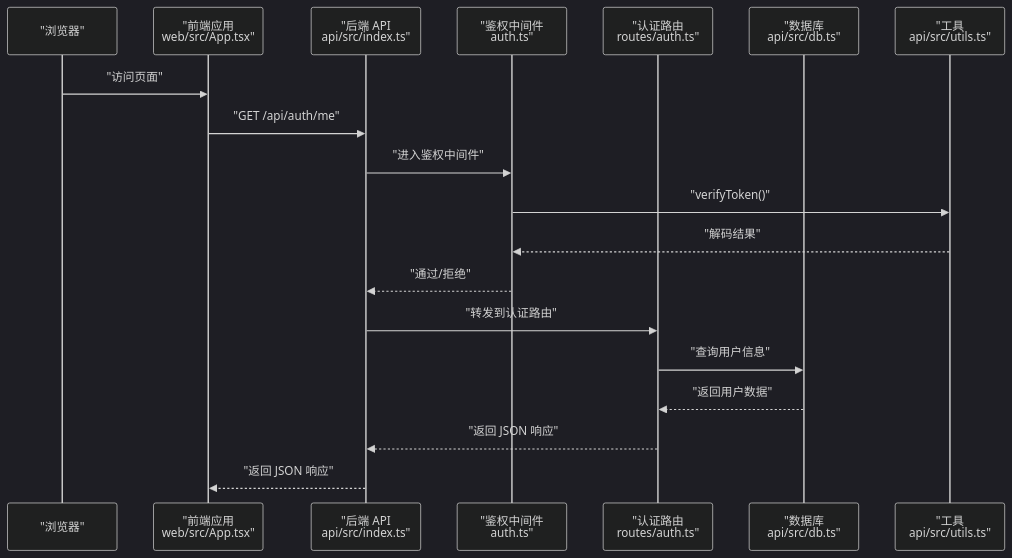
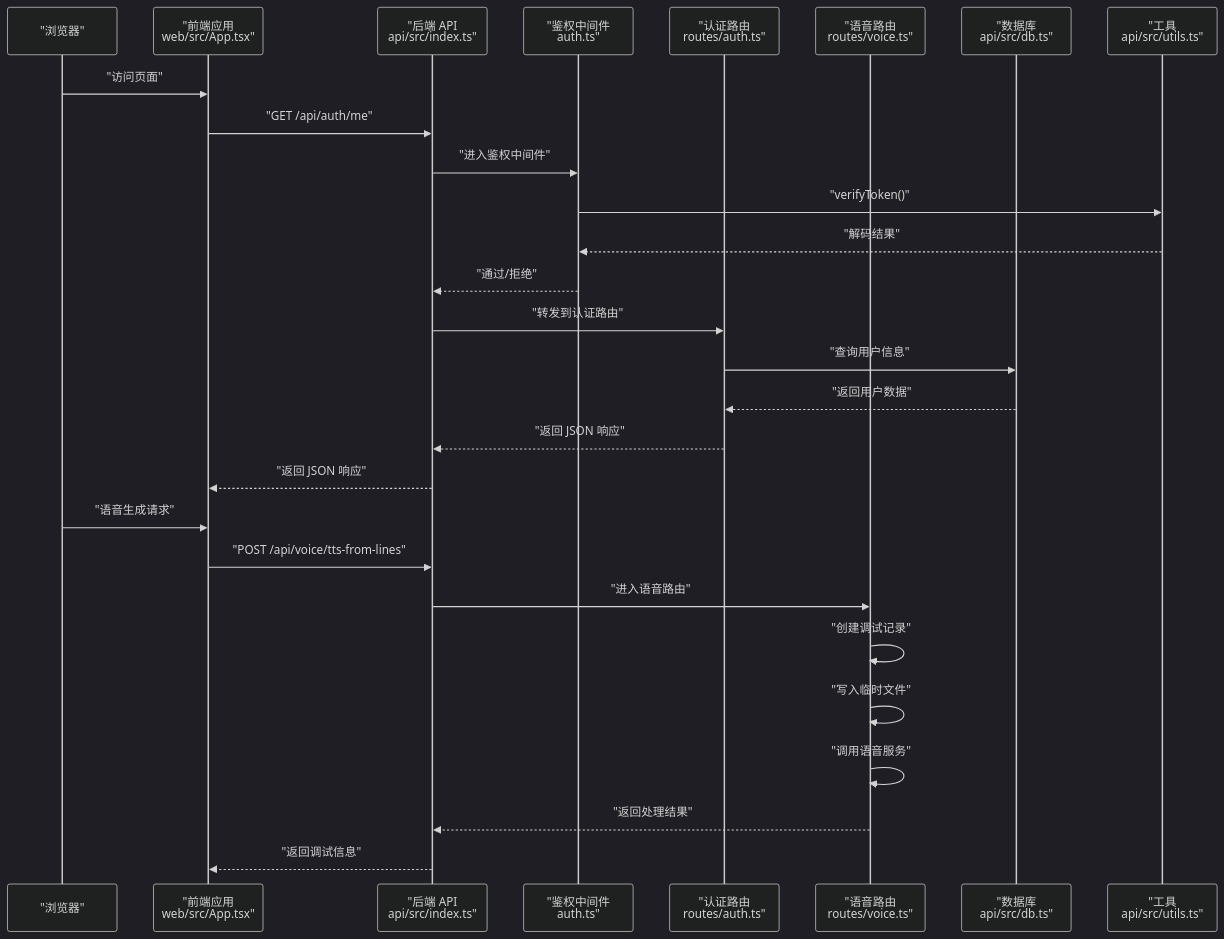
The second of 5 diagrams in .qoder/repowiki/zh/content/开发指南/调试与故障排除.md (hanksd769-droid/sailshub), drawn with Mermaid (dark theme) before and after one commit. The commit also changed other lines of this file and 4 other files, not shown here.

````diff
--- a/.qoder/repowiki/zh/content/开发指南/调试与故障排除.md
+++ b/.qoder/repowiki/zh/content/开发指南/调试与故障排除.md
@@ -120,21 +131,30 @@
 ```mermaid
 sequenceDiagram
 participant Browser as "浏览器"
 participant Web as "前端应用<br/>web/src/App.tsx"
 participant API as "后端 API<br/>api/src/index.ts"
 participant AuthMW as "鉴权中间件<br/>auth.ts"
 participant AuthRoutes as "认证路由<br/>routes/auth.ts"
+participant VoiceRoutes as "语音路由<br/>routes/voice.ts"
 participant DB as "数据库<br/>api/src/db.ts"
 participant Utils as "工具<br/>api/src/utils.ts"
 Browser->>Web : "访问页面"
 Web->>API : "GET /api/auth/me"
 API->>AuthMW : "进入鉴权中间件"
 AuthMW->>Utils : "verifyToken()"
 Utils-->>AuthMW : "解码结果"
 AuthMW-->>API : "通过/拒绝"
 API->>AuthRoutes : "转发到认证路由"
 AuthRoutes->>DB : "查询用户信息"
 DB-->>AuthRoutes : "返回用户数据"
 AuthRoutes-->>API : "返回 JSON 响应"
 API-->>Web : "返回 JSON 响应"
+Browser->>Web : "语音生成请求"
+Web->>API : "POST /api/voice/tts-from-lines"
+API->>VoiceRoutes : "进入语音路由"
+VoiceRoutes->>VoiceRoutes : "创建调试记录"
+VoiceRoutes->>VoiceRoutes : "写入临时文件"
+VoiceRoutes->>VoiceRoutes : "调用语音服务"
+VoiceRoutes-->>API : "返回处理结果"
+API-->>Web : "返回调试信息"
 ```
````
